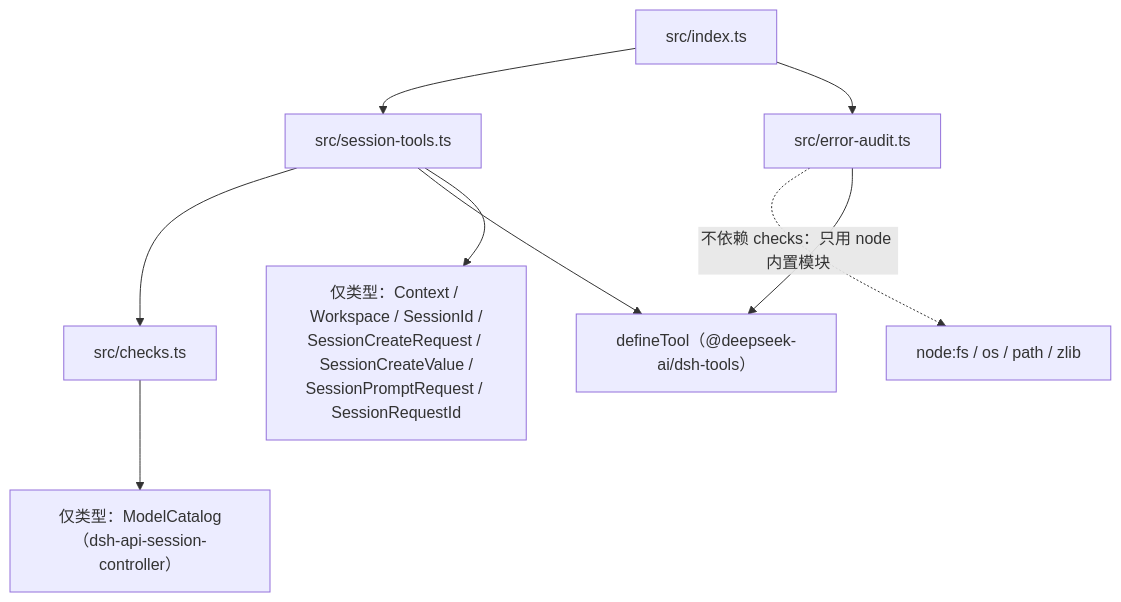
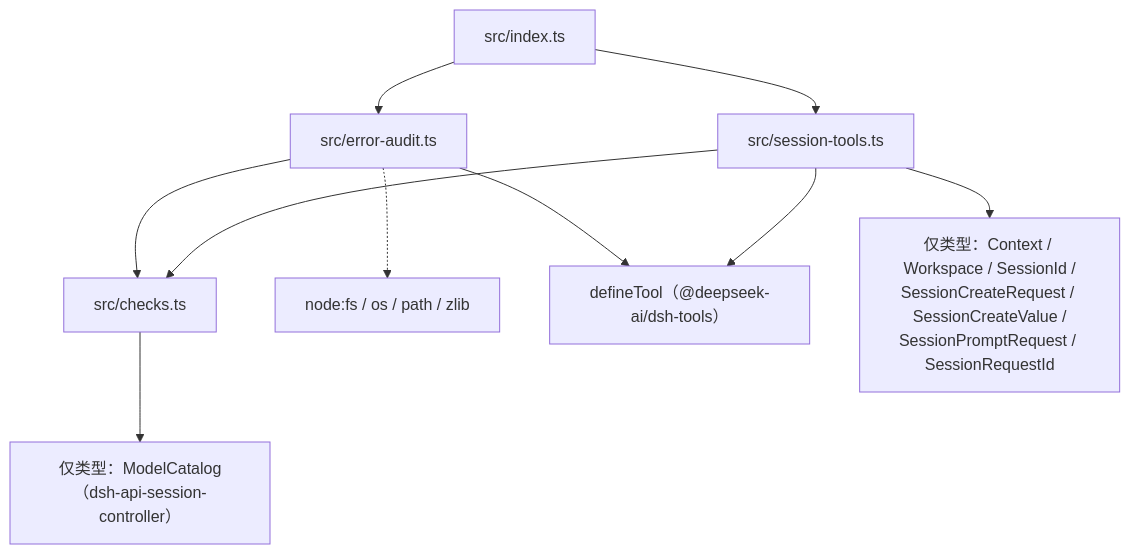
One commit to chocobo77/dsh-agent-session-tools changed the diagram in docs/wiki/03-modules.md. Above: the diagram before and after it, drawn with Mermaid. The commit also changed other lines of this file and 18 other files, not shown here.

````diff
--- a/docs/wiki/03-modules.md
+++ b/docs/wiki/03-modules.md
@@ -41,11 +41,12 @@
 ```mermaid
 graph TD
     INDEX["src/index.ts"] --> ST["src/session-tools.ts"]
     INDEX --> EA["src/error-audit.ts"]
     ST --> CK["src/checks.ts"]
-    EA -.->|"不依赖 checks：只用 node 内置模块"| NODE["node:fs / os / path / zlib"]
+    EA --> CK
+    EA -.-> NODE["node:fs / os / path / zlib"]
     ST --> T1["defineTool（@deepseek-ai/dsh-tools）"]
     EA --> T1
     CK --> TYPES["仅类型：ModelCatalog（dsh-api-session-controller）"]
     ST --> TYPES2["仅类型：Context / Workspace / SessionId /<br/>SessionCreateRequest / SessionCreateValue /<br/>SessionPromptRequest / SessionRequestId"]
 ```
````
